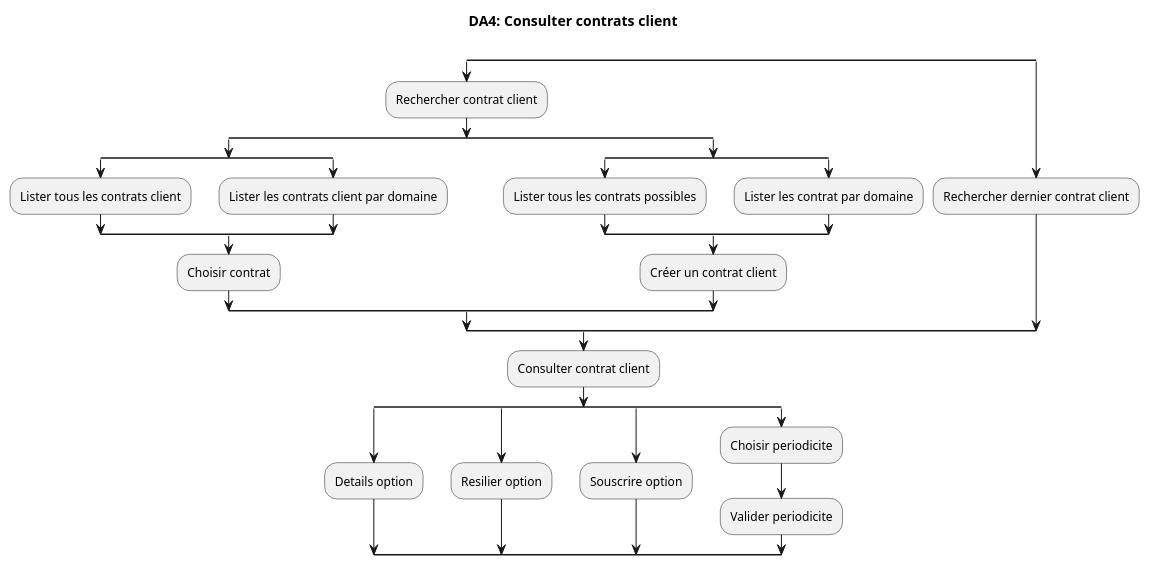
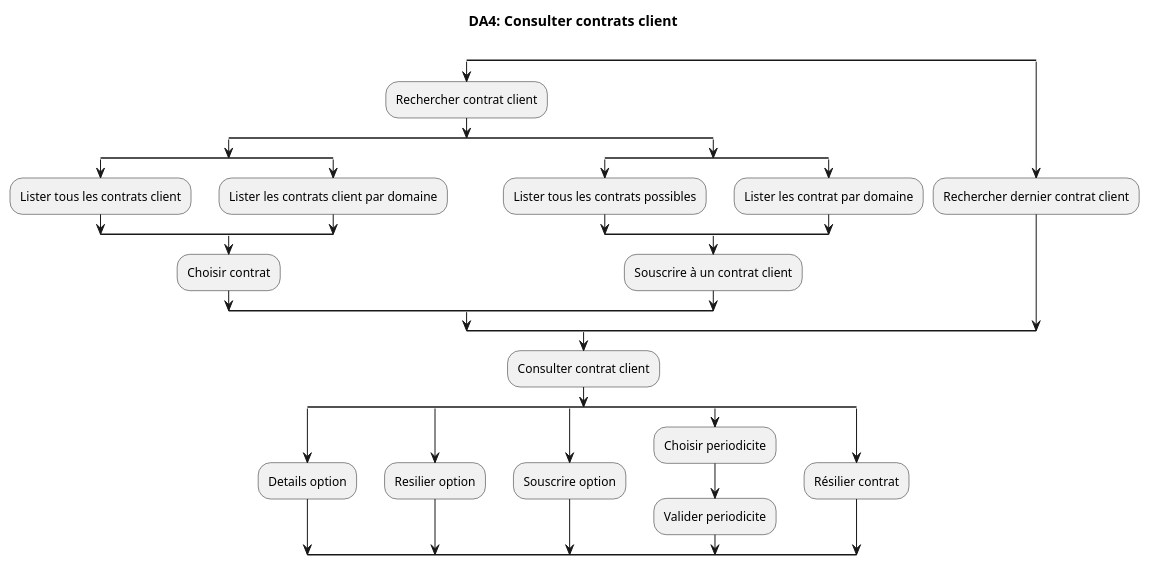
Before and after one commit to if-h4102/pld-mars: the diagram in CU004 - Gestion des contrats du client (Zone Contrats)/DA004.puml, drawn with PlantUML.

Commit message:
add resilier contrat

```diff
--- a/CU004 - Gestion des contrats du client (Zone Contrats)/DA004.puml
+++ b/CU004 - Gestion des contrats du client (Zone Contrats)/DA004.puml
@@ -1,35 +1,37 @@
 @startuml
 title DA4: Consulter contrats client\n
 split
 :Rechercher contrat client;
 
 split
 	split
 		:Lister tous les contrats client;
 	split again
 		:Lister les contrats client par domaine;
 	end split
 	:Choisir contrat;
 split again
 	split
 	:Lister tous les contrats possibles;
 	split again 
 	:Lister les contrat par domaine;
 	end split
-	:Créer un contrat client;
+	:Souscrire à un contrat client;
 end split
 split again 
 :Rechercher dernier contrat client;
 end split
 :Consulter contrat client;
 	split
 		:Details option;
 	split again
 		:Resilier option;
 	split again
 		:Souscrire option;
 	split again
 		:Choisir periodicite;
 		:Valider periodicite;
+	split again 
+		:Résilier contrat;
 	end split
 @enduml
```
